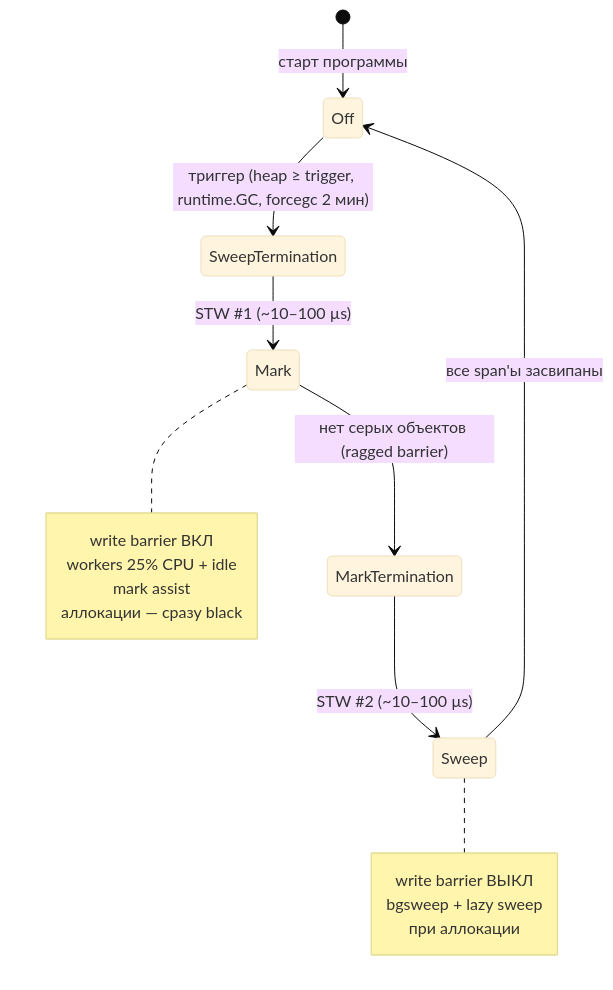
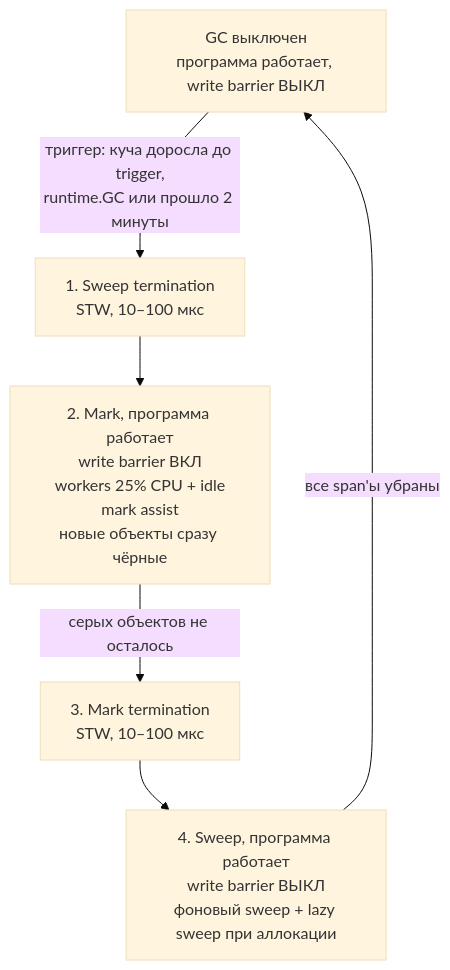
Before and after one commit to canyouhearthemusic/go: the third of 5 diagrams in docs/go-garbage-collector-deep-dive.md, drawn with Mermaid (base theme). The commit also changed other lines of this file and 4 other files, not shown here.

````diff
--- a/docs/go-garbage-collector-deep-dive.md
+++ b/docs/go-garbage-collector-deep-dive.md
@@ -656,20 +655,13 @@
 ```mermaid
-stateDiagram-v2
-    [*] --> Off: старт программы
-    Off --> SweepTermination: триггер (heap ≥ trigger, runtime.GC, forcegc 2 мин)
-    SweepTermination --> Mark: STW #1 (~10–100 µs)
-    Mark --> MarkTermination: нет серых объектов (ragged barrier)
-    MarkTermination --> Sweep: STW #2 (~10–100 µs)
-    Sweep --> Off: все span'ы засвипаны
-    note right of Mark
-        write barrier ВКЛ
-        workers 25% CPU + idle
-        mark assist
-        аллокации — сразу black
-    end note
-    note right of Sweep
-        write barrier ВЫКЛ
-        bgsweep + lazy sweep
-        при аллокации
-    end note
+flowchart TB
+    OFF["GC выключен<br/>программа работает, write barrier ВЫКЛ"]
+    ST["1. Sweep termination<br/>STW, 10–100 мкс"]
+    MARK["2. Mark, программа работает<br/>write barrier ВКЛ<br/>workers 25% CPU + idle<br/>mark assist<br/>новые объекты сразу чёрные"]
+    MT["3. Mark termination<br/>STW, 10–100 мкс"]
+    SWEEP["4. Sweep, программа работает<br/>write barrier ВЫКЛ<br/>фоновый sweep + lazy sweep при аллокации"]
+    OFF -- "триггер: куча доросла до trigger,<br/>runtime.GC или прошло 2 минуты" --> ST
+    ST --> MARK
+    MARK -- "серых объектов не осталось" --> MT
+    MT --> SWEEP
+    SWEEP -- "все span'ы убраны" --> OFF
 ```
````
